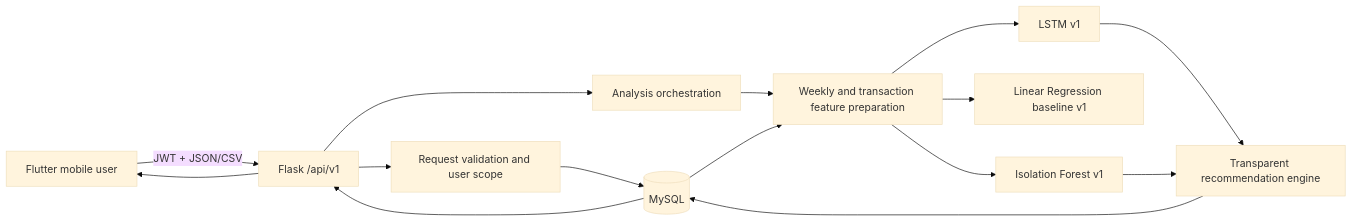
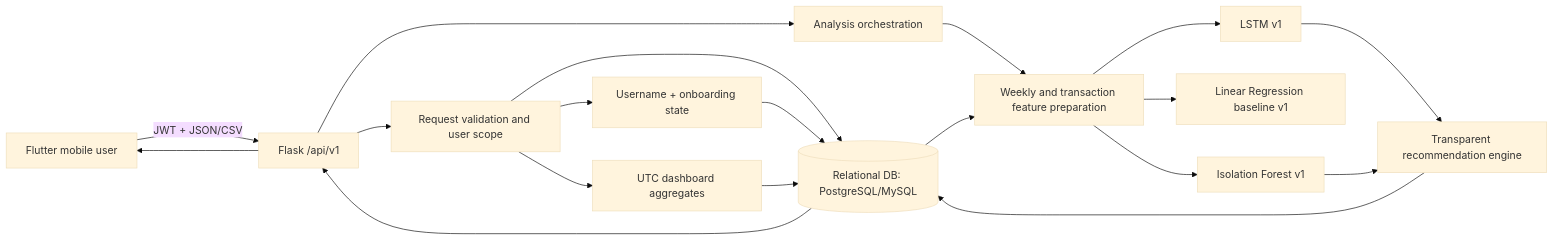
Before and after one commit to Eeshan-Vaghjiani/Spendly: the diagram in docs/system_architecture.md, drawn with Mermaid (base theme). The commit also changed other lines of this file and 51 other files, not shown here.

````diff
--- a/docs/system_architecture.md
+++ b/docs/system_architecture.md
@@ -3,17 +3,21 @@
 ```mermaid
 flowchart LR
     U["Flutter mobile user"] -->|"JWT + JSON/CSV"| API["Flask /api/v1"]
     API --> V["Request validation and user scope"]
-    V --> DB[("MySQL")]
+    V --> DB[("Relational DB: PostgreSQL/MySQL")]
+    V --> PROFILE["Username + onboarding state"]
+    V --> AGG["UTC dashboard aggregates"]
     API --> ORCH["Analysis orchestration"]
     ORCH --> FE["Weekly and transaction feature preparation"]
     FE --> LSTM["LSTM v1"]
     FE --> LR["Linear Regression baseline v1"]
     FE --> IF["Isolation Forest v1"]
     LSTM --> RULES["Transparent recommendation engine"]
     IF --> RULES
     DB --> FE
     RULES --> DB
     DB --> API
     API --> U
+    PROFILE --> DB
+    AGG --> DB
 ```
````
